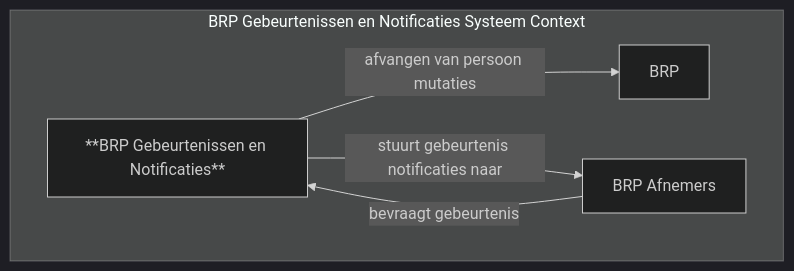
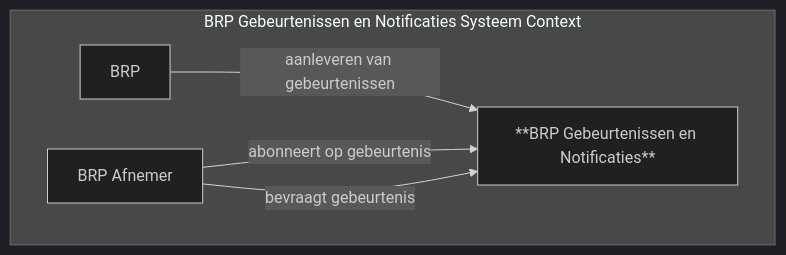
Before and after one commit to BRP-API/brp-api-gebeurtenissen: the diagram in README.md, drawn with Mermaid (dark theme). The commit also changed other lines of this file, not shown here.

Commit message:
Update README.md
Tekst en diagram meer in lijn gebracht met hoe een en ander daadwerkelijk werkt volgens https://github.com/BRP-API/brp-api-gebeurtenissen/blob/main/architectuur/sequence-diagram.md#sequence-diagram-ongelezen-gebeurtenissen-bevragen-door-afnemer. Er is geen sprake van actief notificeren van een afnemer; de afnemer moet zelf gebeurtenissen ophalen.

````diff
--- a/README.md
+++ b/README.md
@@ -7,17 +7,17 @@
 ```mermaid
     flowchart LR
     
     subgraph "BRP Gebeurtenissen en Notificaties Systeem Context"
         direction LR
 
         BRP
-        BRPAfn[BRP Afnemers]
+        BRPAfn[BRP Afnemer]
 
         BRPGN[**BRP Gebeurtenissen en Notificaties**]
 
-        BRPGN -- afvangen van persoon mutaties --> BRP
-        BRPGN -- stuurt gebeurtenis notificaties naar --> BRPAfn
+        BRP -- aanleveren van gebeurtenissen --> BRPGN
+        BRPAfn -- abonneert op gebeurtenis --> BRPGN
         BRPAfn -- bevraagt gebeurtenis --> BRPGN
 
     end
 ```
````
